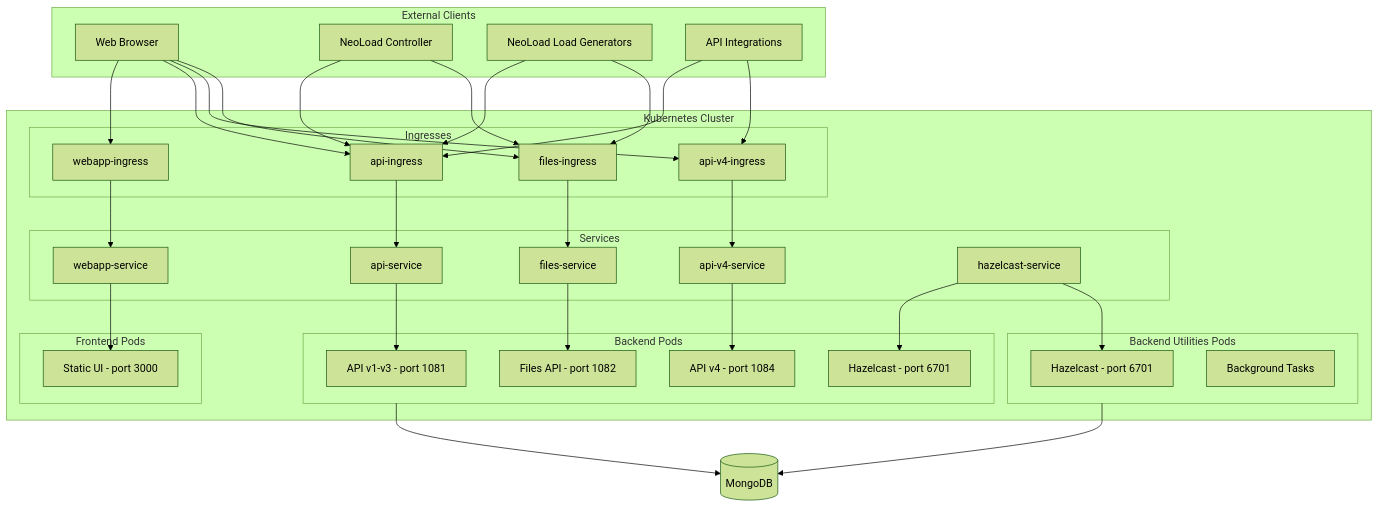
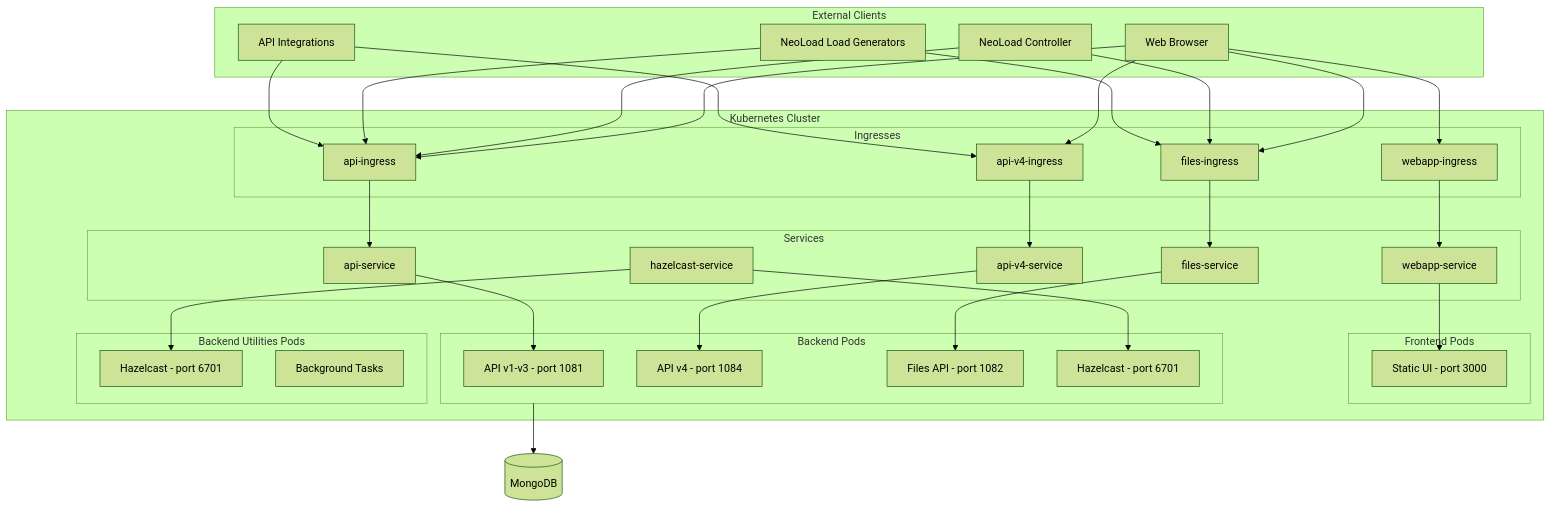
The diagram in README.md (Neotys-Labs/helm-neoload-web), drawn with Mermaid (forest theme) before and after one commit.

Commit message:
Update architecture diagram

````diff
--- a/README.md
+++ b/README.md
@@ -202,70 +202,69 @@
 ```mermaid
 flowchart TB
     subgraph clients [External Clients]
         browser[Web Browser]
         controller[NeoLoad Controller]
         lg[NeoLoad Load Generators]
         apiclients[API Integrations]
     end
 
     subgraph k8s [Kubernetes Cluster]
         subgraph ingresses [Ingresses]
             ing_webapp[webapp-ingress]
             ing_api[api-ingress]
             ing_apiv4[api-v4-ingress]
             ing_files[files-ingress]
         end
 
         subgraph services [Services]
             svc_webapp[webapp-service]
             svc_api[api-service]
             svc_apiv4[api-v4-service]
             svc_files[files-service]
             svc_hazelcast[hazelcast-service]
         end
 
         subgraph frontend [Frontend Pods]
             fe[Static UI - port 3000]
         end
 
         subgraph backend [Backend Pods]
             api[API v1-v3 - port 1081]
             apiv4[API v4 - port 1084]
             files[Files API - port 1082]
             hz1[Hazelcast - port 6701]
         end
 
         subgraph backendutil [Backend Utilities Pods]
             hz2[Hazelcast - port 6701]
             tasks[Background Tasks]
         end
     end
 
     mongo[(MongoDB)]
 
     browser --> ing_webapp
     browser --> ing_api
     browser --> ing_apiv4
     browser --> ing_files
     controller --> ing_api
     controller --> ing_files
     lg --> ing_api
     lg --> ing_files
     apiclients --> ing_api
     apiclients --> ing_apiv4
 
     ing_webapp --> svc_webapp
     ing_api --> svc_api
     ing_apiv4 --> svc_apiv4
     ing_files --> svc_files
 
     svc_webapp --> fe
     svc_api --> api
     svc_apiv4 --> apiv4
     svc_files --> files
     svc_hazelcast --> hz1
     svc_hazelcast --> hz2
 
     backend --> mongo
-    backendutil --> mongo
 ```
````
